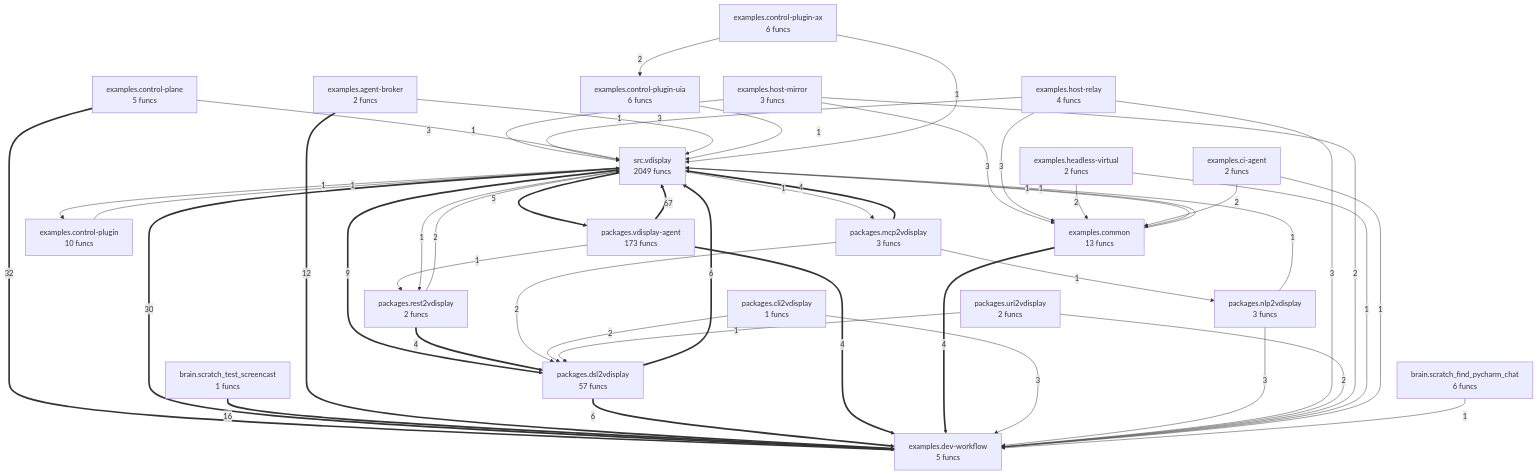
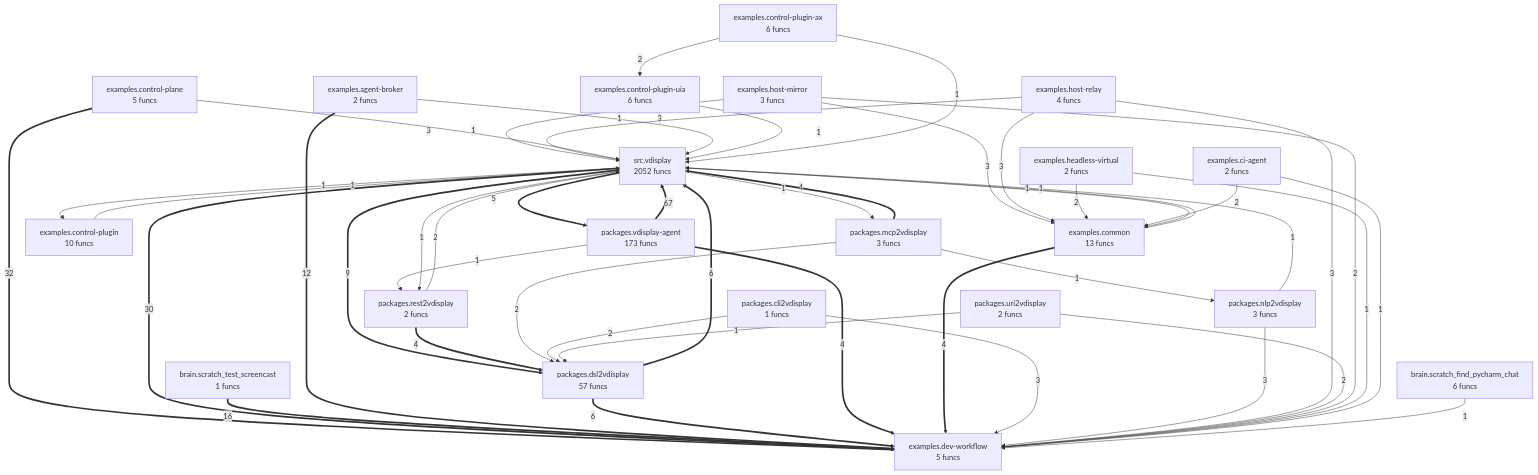
Before and after one commit to wronai/vdisplay: the diagram in project/compact_flow.mmd, drawn with Mermaid. The commit also changed 28 other files, not shown here.

```diff
--- a/project/compact_flow.mmd
+++ b/project/compact_flow.mmd
@@ -1,68 +1,68 @@
 flowchart TD
 %% generated in 0.10s
     brain__scratch_find_pycharm_chat["brain.scratch_find_pycharm_chat<br/>6 funcs"]
     brain__scratch_test_screencast["brain.scratch_test_screencast<br/>1 funcs"]
     examples__agent_broker["examples.agent-broker<br/>2 funcs"]
     examples__ci_agent["examples.ci-agent<br/>2 funcs"]
     examples__common["examples.common<br/>13 funcs"]
     examples__control_plane["examples.control-plane<br/>5 funcs"]
     examples__control_plugin["examples.control-plugin<br/>10 funcs"]
     examples__control_plugin_ax["examples.control-plugin-ax<br/>6 funcs"]
     examples__control_plugin_uia["examples.control-plugin-uia<br/>6 funcs"]
     examples__dev_workflow["examples.dev-workflow<br/>5 funcs"]
     examples__headless_virtual["examples.headless-virtual<br/>2 funcs"]
     examples__host_mirror["examples.host-mirror<br/>3 funcs"]
     examples__host_relay["examples.host-relay<br/>4 funcs"]
     packages__cli2vdisplay["packages.cli2vdisplay<br/>1 funcs"]
     packages__dsl2vdisplay["packages.dsl2vdisplay<br/>57 funcs"]
     packages__mcp2vdisplay["packages.mcp2vdisplay<br/>3 funcs"]
     packages__nlp2vdisplay["packages.nlp2vdisplay<br/>3 funcs"]
     packages__rest2vdisplay["packages.rest2vdisplay<br/>2 funcs"]
     packages__uri2vdisplay["packages.uri2vdisplay<br/>2 funcs"]
     packages__vdisplay_agent["packages.vdisplay-agent<br/>173 funcs"]
-    src__vdisplay["src.vdisplay<br/>2049 funcs"]
+    src__vdisplay["src.vdisplay<br/>2052 funcs"]
     packages__vdisplay_agent ==>|67| src__vdisplay
     examples__control_plane ==>|32| examples__dev_workflow
     src__vdisplay ==>|30| examples__dev_workflow
     brain__scratch_test_screencast ==>|16| examples__dev_workflow
     examples__agent_broker ==>|12| examples__dev_workflow
     src__vdisplay ==>|9| packages__dsl2vdisplay
     packages__dsl2vdisplay ==>|6| src__vdisplay
     packages__dsl2vdisplay ==>|6| examples__dev_workflow
     src__vdisplay ==>|5| packages__vdisplay_agent
     packages__mcp2vdisplay ==>|4| src__vdisplay
     packages__rest2vdisplay ==>|4| packages__dsl2vdisplay
     packages__vdisplay_agent ==>|4| examples__dev_workflow
     examples__common ==>|4| examples__dev_workflow
     packages__cli2vdisplay -->|3| examples__dev_workflow
     packages__nlp2vdisplay -->|3| examples__dev_workflow
     examples__host_mirror -->|3| src__vdisplay
     examples__host_mirror -->|3| examples__common
     examples__host_relay -->|3| src__vdisplay
     examples__host_relay -->|3| examples__common
     examples__host_relay -->|3| examples__dev_workflow
     packages__mcp2vdisplay -->|2| packages__dsl2vdisplay
     packages__cli2vdisplay -->|2| packages__dsl2vdisplay
     packages__uri2vdisplay -->|2| examples__dev_workflow
     packages__rest2vdisplay -->|2| src__vdisplay
     examples__host_mirror -->|2| examples__dev_workflow
     examples__headless_virtual -->|2| examples__common
     examples__ci_agent -->|2| examples__common
     examples__control_plugin_ax -->|2| examples__control_plugin_uia
     packages__mcp2vdisplay -->|1| packages__nlp2vdisplay
     packages__uri2vdisplay -->|1| packages__dsl2vdisplay
     packages__nlp2vdisplay -->|1| src__vdisplay
     packages__vdisplay_agent -->|1| packages__rest2vdisplay
     examples__control_plugin -->|1| src__vdisplay
     examples__headless_virtual -->|1| examples__dev_workflow
     examples__ci_agent -->|1| examples__dev_workflow
     examples__control_plane -->|1| src__vdisplay
     examples__agent_broker -->|1| src__vdisplay
     examples__control_plugin_uia -->|1| src__vdisplay
     examples__common -->|1| src__vdisplay
     examples__control_plugin_ax -->|1| src__vdisplay
     src__vdisplay -->|1| packages__rest2vdisplay
     src__vdisplay -->|1| examples__common
     src__vdisplay -->|1| examples__control_plugin
     src__vdisplay -->|1| packages__mcp2vdisplay
     brain__scratch_find_pycharm_chat -->|1| examples__dev_workflow
```
